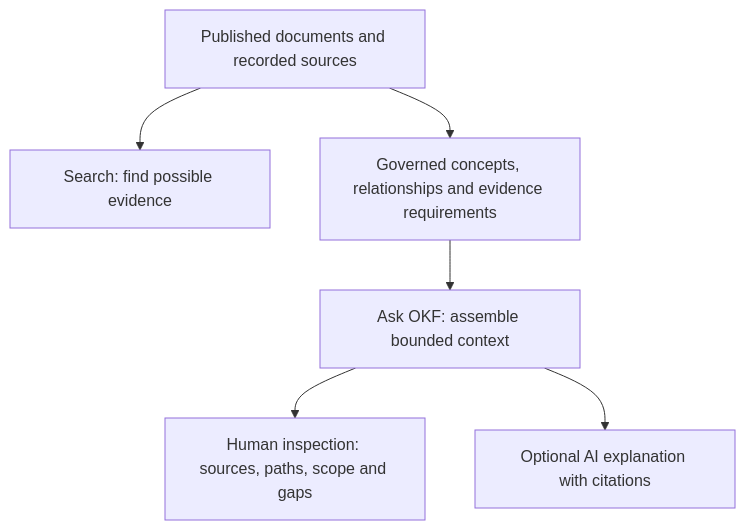
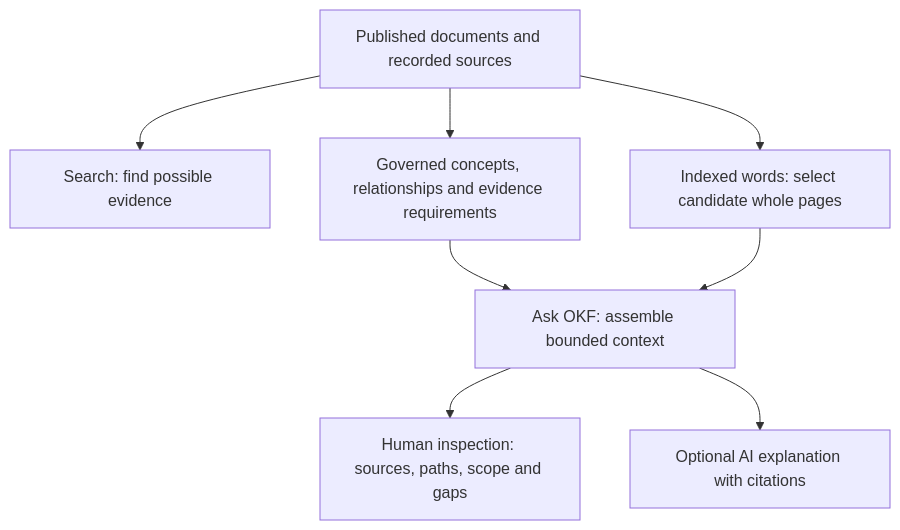
The diagram in docs/learning-path.md (chris-page-gov/okf-dwp), drawn with Mermaid before and after one commit. The commit also changed other lines of this file and 52 other files, not shown here.

````diff
--- a/docs/learning-path.md
+++ b/docs/learning-path.md
@@ -75,8 +75,10 @@
 ```mermaid
 flowchart TD
     A[Published documents and recorded sources] --> B[Search: find possible evidence]
     A --> C[Governed concepts, relationships and evidence requirements]
+    A --> G[Indexed words: select candidate whole pages]
     C --> D[Ask OKF: assemble bounded context]
+    G --> D
     D --> E[Human inspection: sources, paths, scope and gaps]
     D --> F[Optional AI explanation with citations]
 ```
````
